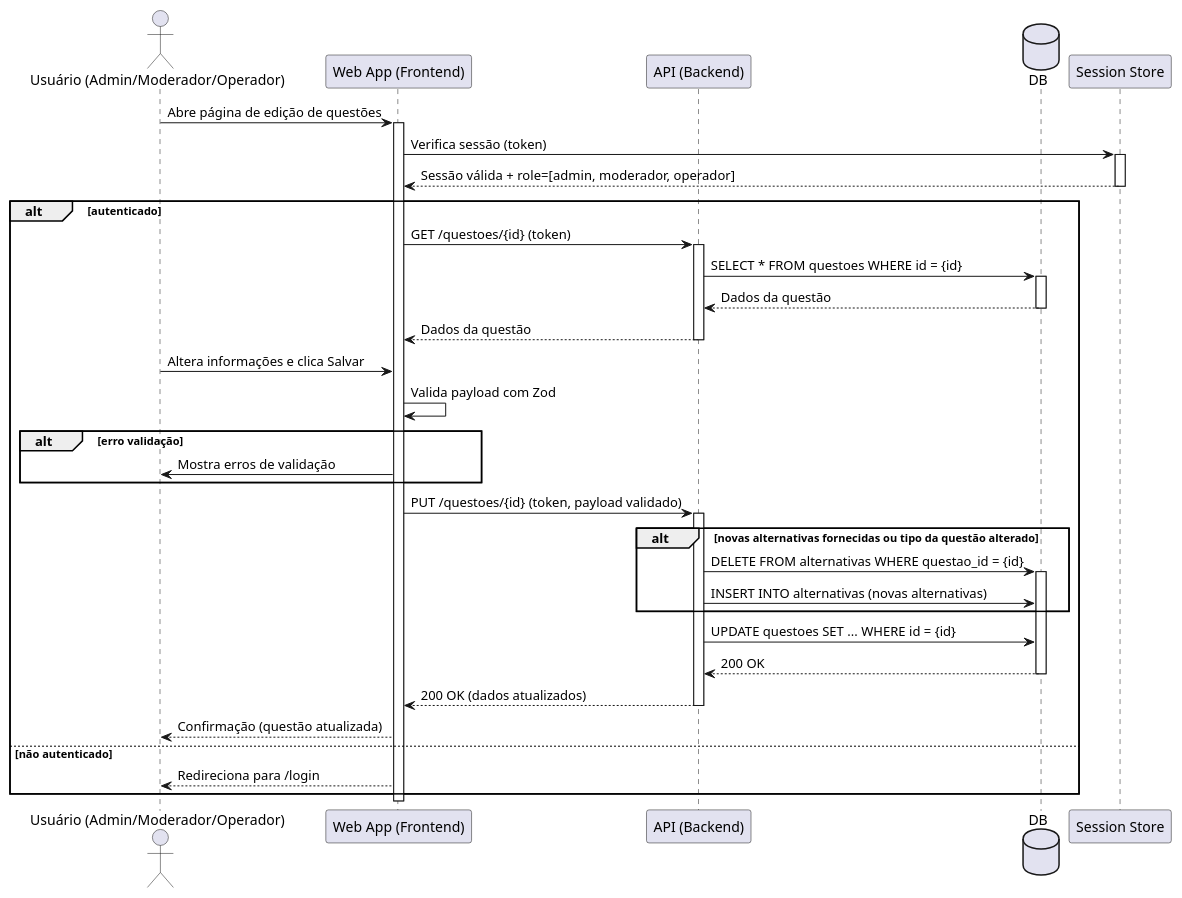
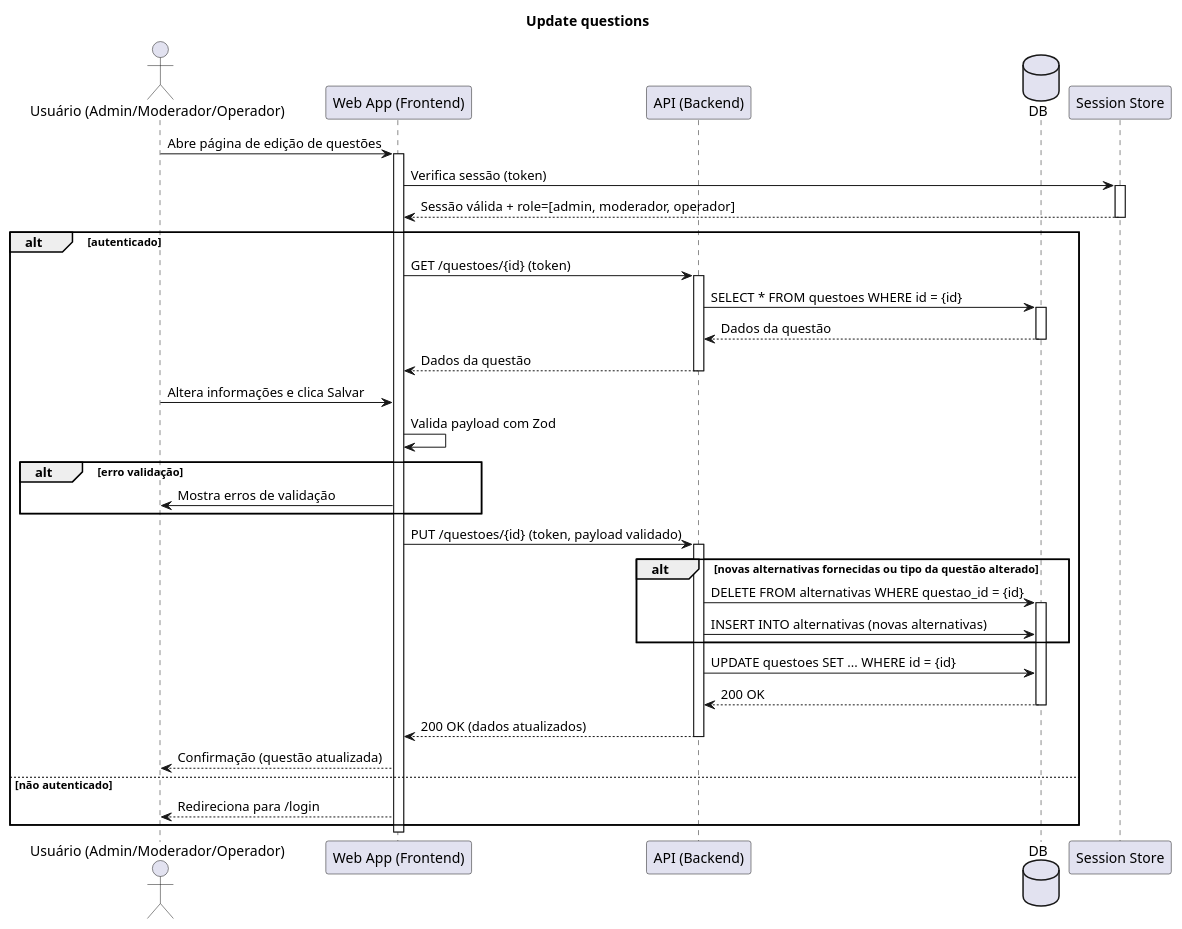
One commit to Ramalho7/mesomindsDocs changed the diagram in docs/technical_docs/architecture/sequenceDiagram/0004-admin-question/0004-question-update.plantuml. Above: the diagram before and after it, drawn with PlantUML. The commit also changed 55 other files, not shown here.

```diff
--- a/docs/technical_docs/architecture/sequenceDiagram/0004-admin-question/0004-question-update.plantuml
+++ b/docs/technical_docs/architecture/sequenceDiagram/0004-admin-question/0004-question-update.plantuml
@@ -1,53 +1,55 @@
 @startuml
+
+title Update questions
 
 actor "Usuário (Admin/Moderador/Operador)" as User
 participant "Web App (Frontend)" as Web
 participant "API (Backend)" as Auth
 database "DB" as DB
 participant "Session Store" as Session
 
 User -> Web: Abre página de edição de questões
 activate Web
 Web -> Session: Verifica sessão (token)
 activate Session
 Session --> Web: Sessão válida + role=[admin, moderador, operador]
 deactivate Session
 
 alt autenticado
     Web -> Auth: GET /questoes/{id} (token)
     activate Auth
     Auth -> DB: SELECT * FROM questoes WHERE id = {id}
     activate DB
     DB --> Auth: Dados da questão
     deactivate DB
     Auth --> Web: Dados da questão
     deactivate Auth
 
     User -> Web: Altera informações e clica Salvar
 
     Web -> Web: Valida payload com Zod
     alt erro validação
         Web -> User: Mostra erros de validação
     end
 
     Web -> Auth: PUT /questoes/{id} (token, payload validado)
     activate Auth
 
     alt novas alternativas fornecidas ou tipo da questão alterado
         Auth -> DB: DELETE FROM alternativas WHERE questao_id = {id}
         activate DB
         Auth -> DB: INSERT INTO alternativas (novas alternativas)
     end
 
     Auth -> DB: UPDATE questoes SET ... WHERE id = {id}
     DB --> Auth: 200 OK
     deactivate DB
     Auth --> Web: 200 OK (dados atualizados)
     deactivate Auth
     Web --> User: Confirmação (questão atualizada)
 else não autenticado
     Web --> User: Redireciona para /login
 end
 deactivate Web
 
 @enduml
```
